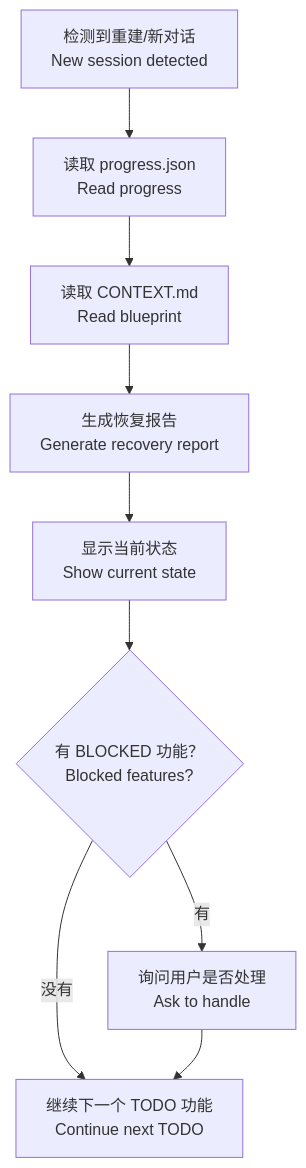
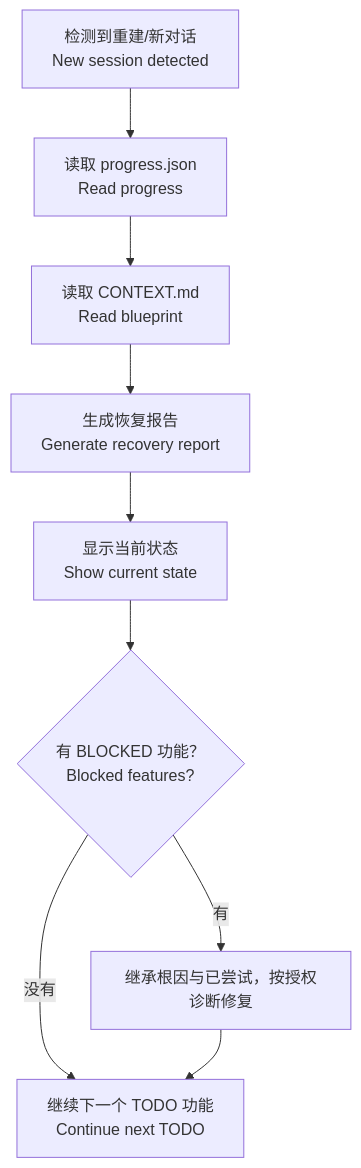
The second of 2 diagrams in skills/engineer-orchestrator/SKILL.md (iannil/skills), drawn with Mermaid before and after one commit. The commit also changed other lines of this file and 20 other files, not shown here.

````diff
--- a/skills/engineer-orchestrator/SKILL.md
+++ b/skills/engineer-orchestrator/SKILL.md
@@ -879,11 +810,11 @@
 ```mermaid
 graph TD
     A["检测到重建/新对话<br/>New session detected"] --> B["读取 progress.json<br/>Read progress"]
     B --> C["读取 CONTEXT.md<br/>Read blueprint"]
     C --> D["生成恢复报告<br/>Generate recovery report"]
     D --> E["显示当前状态<br/>Show current state"]
     E --> F{"有 BLOCKED 功能？<br/>Blocked features?"}
-    F -->|"有"| G["询问用户是否处理<br/>Ask to handle"]
+    F -->|"有"| G["继承根因与已尝试，按授权诊断修复"]
     F -->|"没有"| H["继续下一个 TODO 功能<br/>Continue next TODO"]
     G --> H
 ```
````
